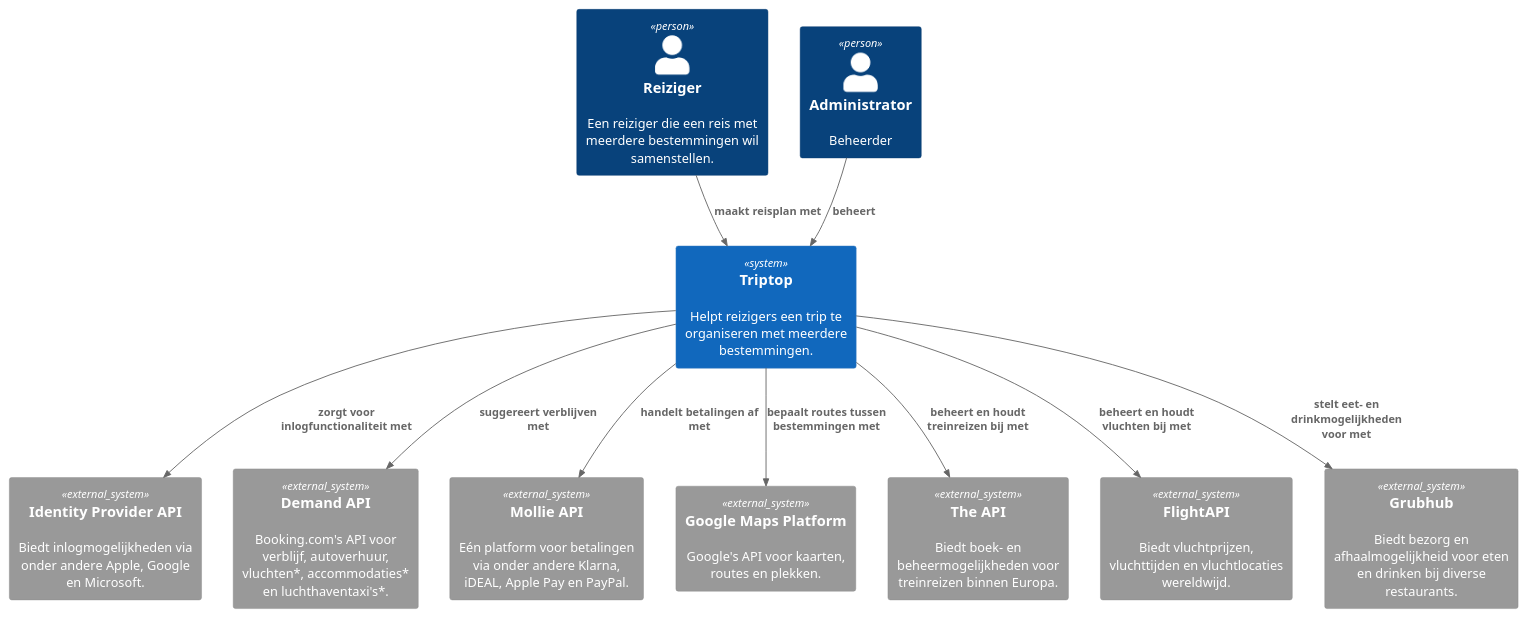
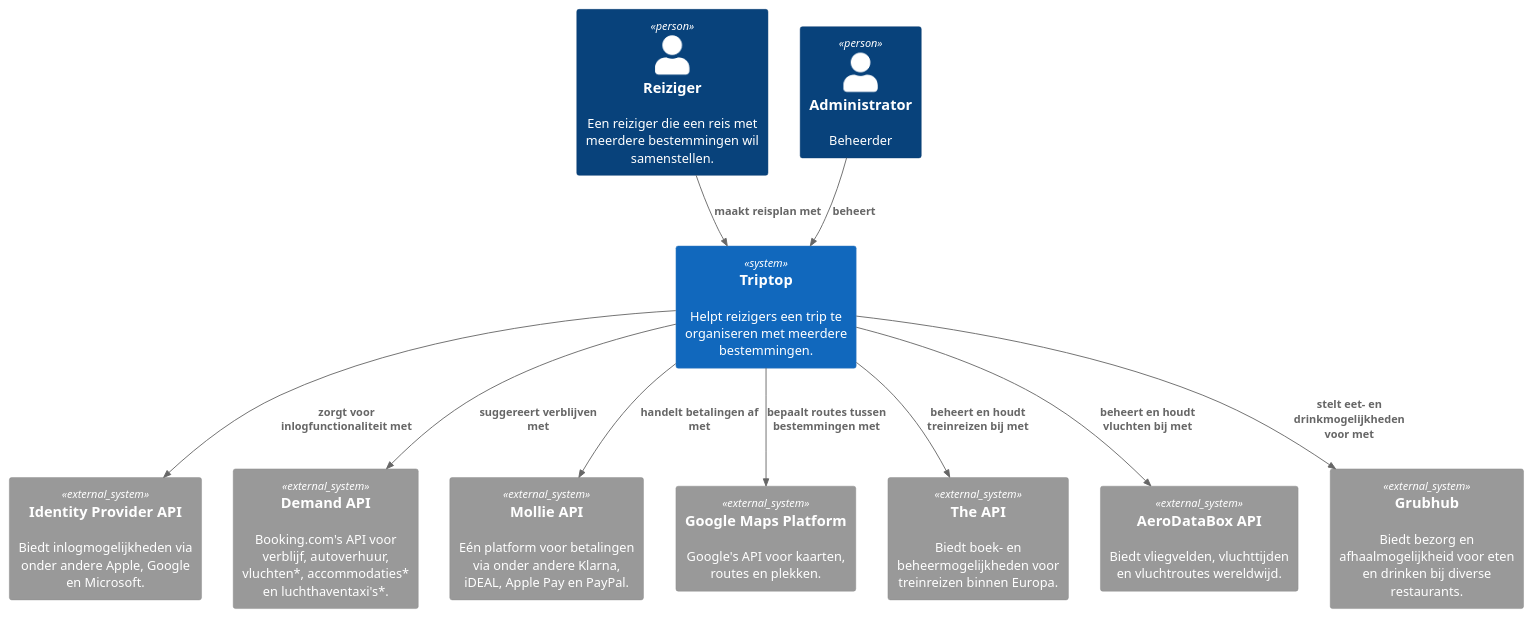
One commit to AIM-ENE-feb25/triptop-groep-b2 changed the diagram in context-diagram.puml. Above: the diagram before and after it, drawn with PlantUML. The commit also changed 7 other files, not shown here.

```diff
--- a/context-diagram.puml
+++ b/context-diagram.puml
@@ -1,29 +1,29 @@
 @startuml C4_Elements
 !include https://raw.githubusercontent.com/plantuml-stdlib/C4-PlantUML/master/C4_Container.puml
 !include <C4/C4_Container>
 top to bottom direction
 
 Person(traveller, "Reiziger", "Een reiziger die een reis met meerdere bestemmingen wil samenstellen.")
 Person(admin, "Administrator", "Beheerder")
 
 System(triptop, "Triptop", "Helpt reizigers een trip te organiseren met meerdere bestemmingen.")
 
 System_Ext(identity_provider_api, "Identity Provider API", "Biedt inlogmogelijkheden via onder andere Apple, Google en Microsoft.", $link="https://developer.okta.com/docs/api/openapi/okta-management/management/tag/IdentityProvider/")
 System_Ext(demand_api, "Demand API", "Booking.com's API voor verblijf, autoverhuur, vluchten*, accommodaties* en luchthaventaxi's*.", $link="https://developers.booking.com/demand/docs/open-api/demand-api")
 System_Ext(mollie_api, "Mollie API", "Eén platform voor betalingen via onder andere Klarna, iDEAL, Apple Pay en PayPal.", $link="https://www.mollie.com/nl/")
 System_Ext(google_maps_api, "Google Maps Platform", "Google's API voor kaarten, routes en plekken.", $link="https://developers.google.com/maps")
 System_Ext(all_aboard_api, "The API", "Biedt boek- en beheermogelijkheden voor treinreizen binnen Europa.", $link="https://allaboard.eu/api-solution")
-System_Ext(flight_api, "FlightAPI", "Biedt vluchtprijzen, vluchttijden en vluchtlocaties wereldwijd.", $link="https://www.flightapi.io/")
+System_Ext(aeroDataBox_api, "AeroDataBox API", "Biedt vliegvelden, vluchttijden en vluchtroutes wereldwijd.", $link="https://rapidapi.com/aedbx-aedbx/api/aerodatabox")
 System_Ext(grubhub_api, "Grubhub", "Biedt bezorg en afhaalmogelijkheid voor eten en drinken bij diverse restaurants.", $link="https://www.grubhub.com/")
 
 Rel(traveller, triptop, "maakt reisplan met")
 Rel(admin, triptop, "beheert")
 
 Rel(triptop, identity_provider_api, "zorgt voor inlogfunctionaliteit met")
 Rel(triptop, demand_api, "suggereert verblijven met")
 Rel(triptop, mollie_api, "handelt betalingen af met")
 Rel(triptop, google_maps_api, "bepaalt routes tussen bestemmingen met")
 Rel(triptop, all_aboard_api, "beheert en houdt treinreizen bij met")
-Rel(triptop, flight_api, "beheert en houdt vluchten bij met")
+Rel(triptop, aeroDataBox_api, "beheert en houdt vluchten bij met")
 Rel(triptop, grubhub_api, "stelt eet- en drinkmogelijkheden voor met")
 @enduml
```
